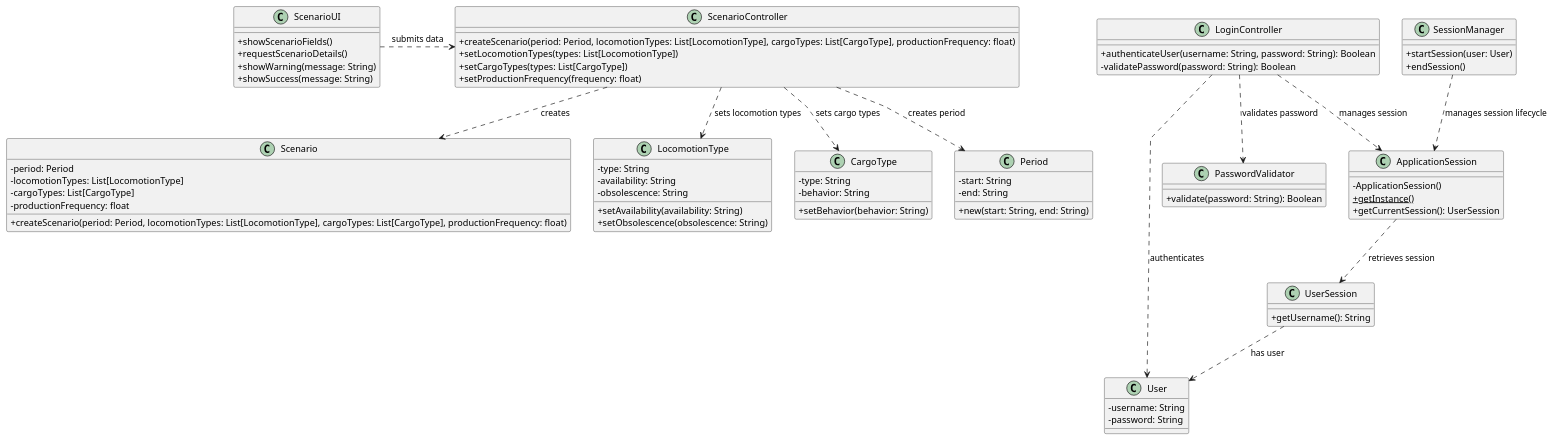
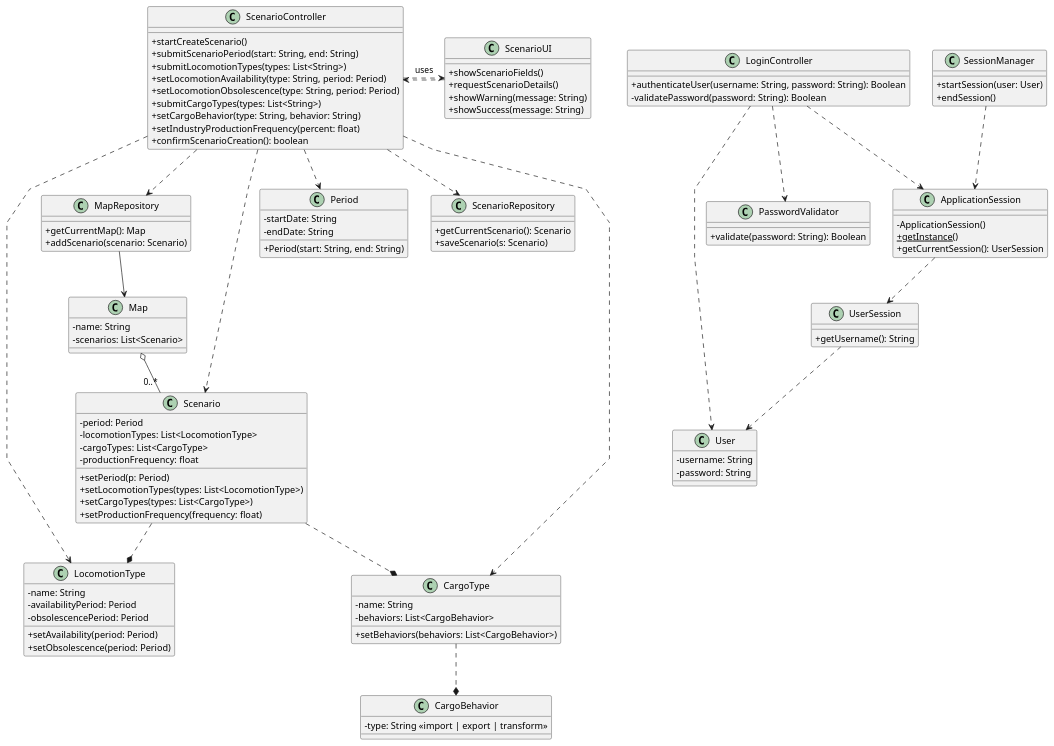
Before and after one commit to 1240826/empire-on-tracks: the diagram in docs/system-documentation/US004/03.design/puml/US004-CD.puml, drawn with PlantUML. The commit also changed 6 other files, not shown here.

```diff
--- a/docs/system-documentation/US004/03.design/puml/US004-CD.puml
+++ b/docs/system-documentation/US004/03.design/puml/US004-CD.puml
@@ -1,94 +1,131 @@
 @startuml
 skinparam packageStyle rectangle
 skinparam shadowing false
 skinparam linetype polyline
 skinparam classAttributeIconSize 0
 
+' AUTENTICAÇÃO
 class "LoginController" {
     + authenticateUser(username: String, password: String): Boolean
     - validatePassword(password: String): Boolean
 }
 
 class "User" {
     - username: String
     - password: String
 }
 
 class "PasswordValidator" {
     + validate(password: String): Boolean
 }
 
 class "ApplicationSession" {
     - ApplicationSession()
     + {static} getInstance()
     + getCurrentSession(): UserSession
 }
 
 class "UserSession" {
     + getUsername(): String
 }
 
 class "SessionManager" {
     + startSession(user: User)
     + endSession()
 }
 
+LoginController ..> User
+LoginController ..> PasswordValidator
+LoginController ..> ApplicationSession
+ApplicationSession ..> UserSession
+UserSession ..> User
+SessionManager ..> ApplicationSession
+
+' CENÁRIO
 class "Scenario" {
     - period: Period
-    - locomotionTypes: List[LocomotionType]
-    - cargoTypes: List[CargoType]
+    - locomotionTypes: List<LocomotionType>
+    - cargoTypes: List<CargoType>
     - productionFrequency: float
-    + createScenario(period: Period, locomotionTypes: List[LocomotionType], cargoTypes: List[CargoType], productionFrequency: float)
+    + setPeriod(p: Period)
+    + setLocomotionTypes(types: List<LocomotionType>)
+    + setCargoTypes(types: List<CargoType>)
+    + setProductionFrequency(frequency: float)
 }
 
 class "LocomotionType" {
-    - type: String
-    - availability: String
-    - obsolescence: String
-    + setAvailability(availability: String)
-    + setObsolescence(obsolescence: String)
+    - name: String
+    - availabilityPeriod: Period
+    - obsolescencePeriod: Period
+    + setAvailability(period: Period)
+    + setObsolescence(period: Period)
 }
 
 class "CargoType" {
-    - type: String
-    - behavior: String
-    + setBehavior(behavior: String)
+    - name: String
+    - behaviors: List<CargoBehavior>
+    + setBehaviors(behaviors: List<CargoBehavior>)
+}
+
+class "CargoBehavior" {
+    - type: String «import | export | transform»
 }
 
 class "Period" {
-    - start: String
-    - end: String
-    + new(start: String, end: String)
+    - startDate: String
+    - endDate: String
+    + Period(start: String, end: String)
 }
 
 class "ScenarioController" {
-    + createScenario(period: Period, locomotionTypes: List[LocomotionType], cargoTypes: List[CargoType], productionFrequency: float)
-    + setLocomotionTypes(types: List[LocomotionType])
-    + setCargoTypes(types: List[CargoType])
-    + setProductionFrequency(frequency: float)
+    + startCreateScenario()
+    + submitScenarioPeriod(start: String, end: String)
+    + submitLocomotionTypes(types: List<String>)
+    + setLocomotionAvailability(type: String, period: Period)
+    + setLocomotionObsolescence(type: String, period: Period)
+    + submitCargoTypes(types: List<String>)
+    + setCargoBehavior(type: String, behavior: String)
+    + setIndustryProductionFrequency(percent: float)
+    + confirmScenarioCreation(): boolean
 }
 
 class "ScenarioUI" {
     + showScenarioFields()
     + requestScenarioDetails()
     + showWarning(message: String)
     + showSuccess(message: String)
 }
 
-LoginController ..> User : authenticates
-LoginController ..> PasswordValidator : validates password
-LoginController ..> ApplicationSession : manages session
+class "ScenarioRepository" {
+    + getCurrentScenario(): Scenario
+    + saveScenario(s: Scenario)
+}
 
-ApplicationSession ..> UserSession : retrieves session
-UserSession ..> User : has user
+class "MapRepository" {
+    + getCurrentMap(): Map
+    + addScenario(scenario: Scenario)
+}
 
-SessionManager ..> ApplicationSession : manages session lifecycle
+class "Map" {
+    - name: String
+    - scenarios: List<Scenario>
+}
 
-ScenarioUI .> ScenarioController : submits data
+' Relações
+ScenarioController ..> Scenario
+ScenarioController ..> Period
+ScenarioController ..> LocomotionType
+ScenarioController ..> CargoType
+ScenarioController ..> ScenarioRepository
+ScenarioController ..> MapRepository
+ScenarioController .down.> ScenarioUI : uses
 
-ScenarioController ..> Scenario : creates
-ScenarioController ..> LocomotionType : sets locomotion types
-ScenarioController ..> CargoType : sets cargo types
-ScenarioController ..> Period : creates period
+Scenario ..* LocomotionType
+Scenario ..* CargoType
+CargoType ..* CargoBehavior
+MapRepository --> Map
+Map o-- "0..*" Scenario
+
+ScenarioUI .> ScenarioController
 
 @enduml
```
